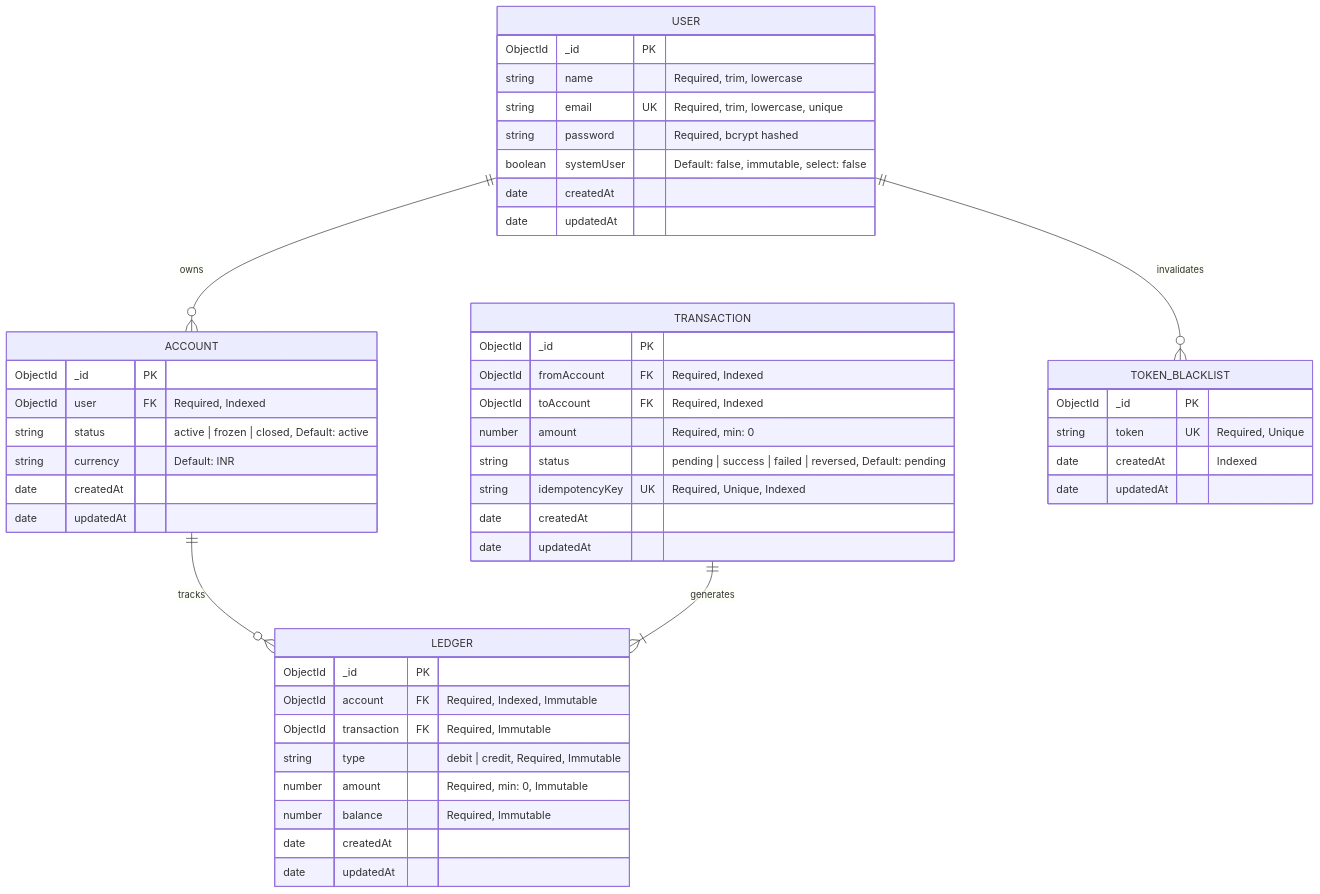
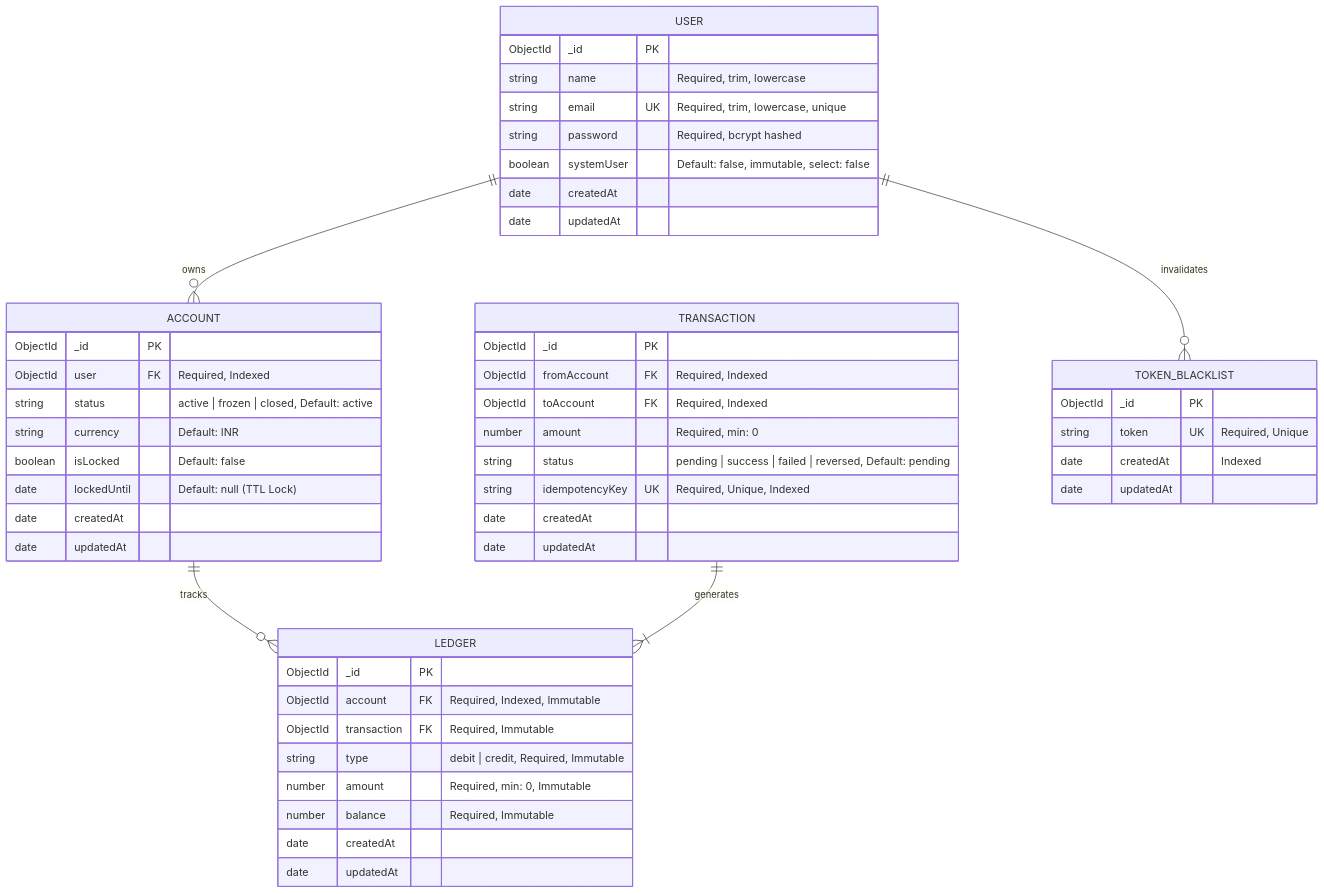
Before and after one commit to Himanshux07/transaction-ledger-api: the second of 2 diagrams in README.md, drawn with Mermaid. The commit also changed other lines of this file, not shown here.

````diff
--- a/README.md
+++ b/README.md
@@ -115,55 +121,57 @@
 ```mermaid
 erDiagram
     USER ||--o{ ACCOUNT : owns
     ACCOUNT ||--o{ LEDGER : tracks
     TRANSACTION ||--|{ LEDGER : generates
     USER ||--o{ TOKEN_BLACKLIST : invalidates
 
     USER {
         ObjectId _id PK
         string name "Required, trim, lowercase"
         string email UK "Required, trim, lowercase, unique"
         string password "Required, bcrypt hashed"
         boolean systemUser "Default: false, immutable, select: false"
         date createdAt
         date updatedAt
     }
 
     ACCOUNT {
         ObjectId _id PK
         ObjectId user FK "Required, Indexed"
         string status "active | frozen | closed, Default: active"
         string currency "Default: INR"
+        boolean isLocked "Default: false"
+        date lockedUntil "Default: null (TTL Lock)"
         date createdAt
         date updatedAt
     }
 
     TRANSACTION {
         ObjectId _id PK
         ObjectId fromAccount FK "Required, Indexed"
         ObjectId toAccount FK "Required, Indexed"
         number amount "Required, min: 0"
         string status "pending | success | failed | reversed, Default: pending"
         string idempotencyKey UK "Required, Unique, Indexed"
         date createdAt
         date updatedAt
     }
 
     LEDGER {
         ObjectId _id PK
         ObjectId account FK "Required, Indexed, Immutable"
         ObjectId transaction FK "Required, Immutable"
         string type "debit | credit, Required, Immutable"
         number amount "Required, min: 0, Immutable"
         number balance "Required, Immutable"
         date createdAt
         date updatedAt
     }
 
     TOKEN_BLACKLIST {
         ObjectId _id PK
         string token UK "Required, Unique"
         date createdAt "Indexed"
         date updatedAt
     }
 ```
````
